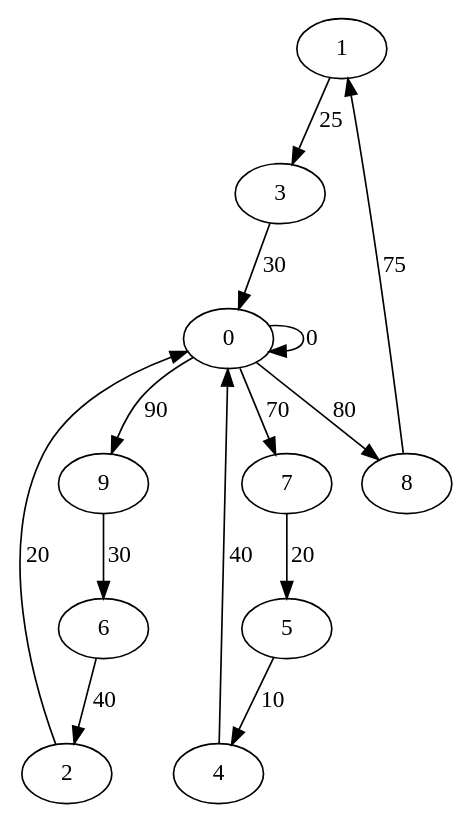
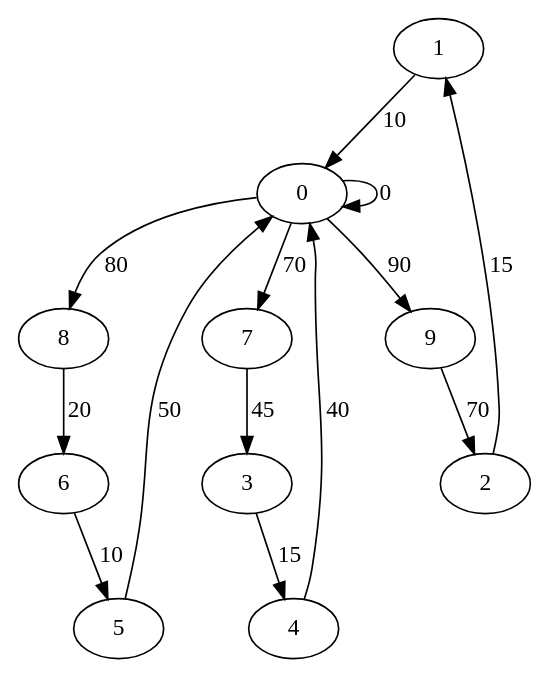
One commit to akosej/vehicle_routing changed the diagram in graph0.dot. Above: the diagram before and after it, drawn with Graphviz. The commit also changed 3 other files, not shown here.

```diff
--- a/graph0.dot
+++ b/graph0.dot
@@ -1,26 +1,26 @@
 digraph G {
-	1->3[ label=25 ];
-	3->0[ label=30 ];
-	7->5[ label=20 ];
-	5->4[ label=10 ];
+	1->0[ label=10 ];
+	8->6[ label=20 ];
+	5->0[ label=50 ];
+	7->3[ label=45 ];
+	3->4[ label=15 ];
 	4->0[ label=40 ];
-	9->6[ label=30 ];
-	6->2[ label=40 ];
-	8->1[ label=75 ];
-	0->9[ label=90 ];
 	0->0[ label=0 ];
 	0->8[ label=80 ];
 	0->7[ label=70 ];
-	2->0[ label=20 ];
+	0->9[ label=90 ];
+	9->2[ label=70 ];
+	2->1[ label=15 ];
+	6->5[ label=10 ];
 	0 [ label=0 ];
 	1 [ label=1 ];
 	2 [ label=2 ];
 	3 [ label=3 ];
 	4 [ label=4 ];
 	5 [ label=5 ];
 	6 [ label=6 ];
 	7 [ label=7 ];
 	8 [ label=8 ];
 	9 [ label=9 ];
 
 }
```
